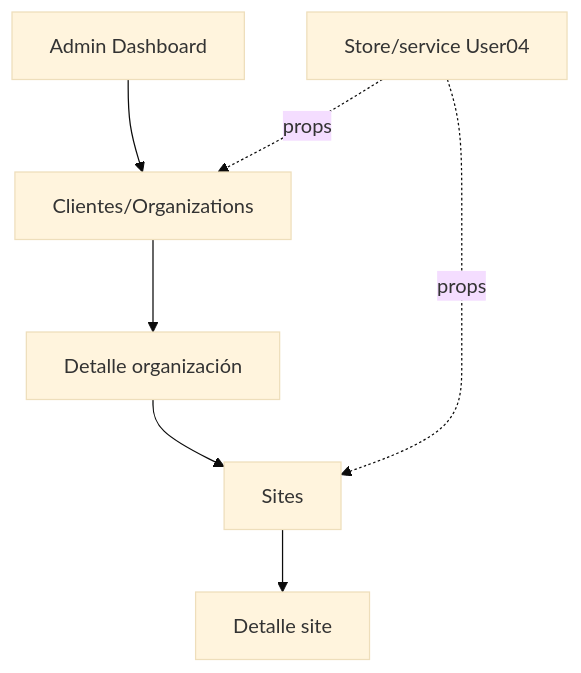
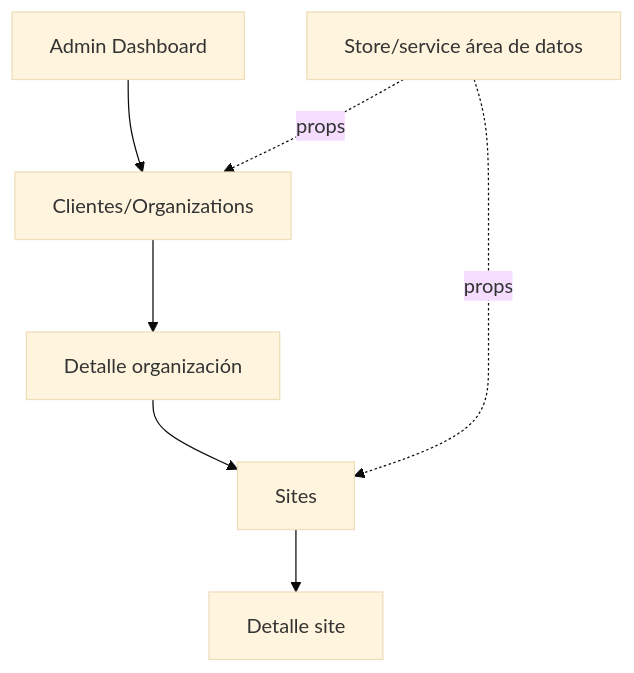
The first of 2 diagrams in docs/florinda/08-admin-sites-clients/03-diagrama.md (Anagamedina/ft_transcendence), drawn with Mermaid (base theme) before and after one commit. The commit also changed 5 other files, not shown here.

````diff
--- a/docs/florinda/08-admin-sites-clients/03-diagrama.md
+++ b/docs/florinda/08-admin-sites-clients/03-diagrama.md
@@ -3,9 +3,9 @@
 ```mermaid
 flowchart TD
  A[Admin Dashboard] --> B[Clientes/Organizations]
  B --> C[Detalle organización]
  C --> D[Sites]
  D --> E[Detalle site]
- F[Store/service User04] -. props .-> B
+ F[Store/service área de datos] -. props .-> B
 F -. props .-> D
 ```
````
